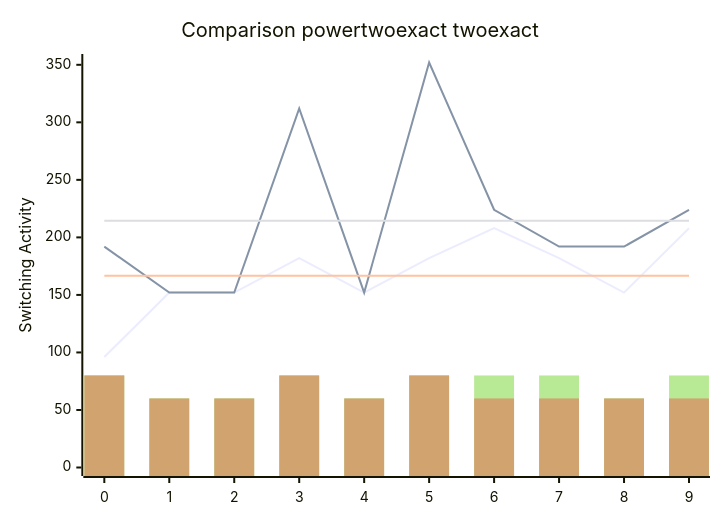
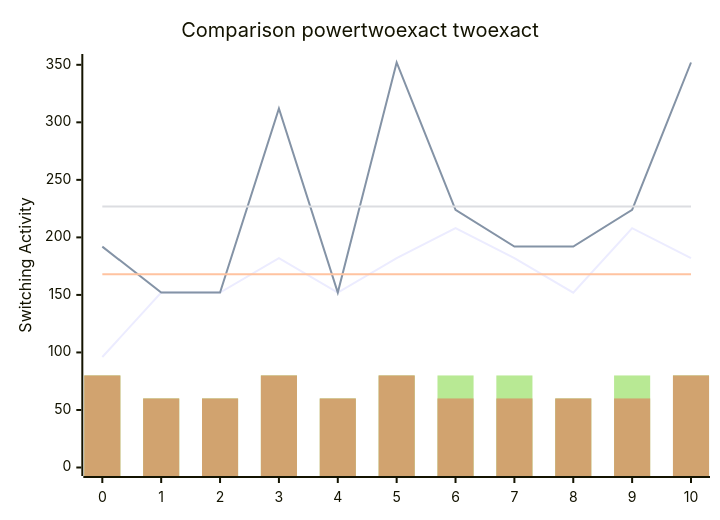
Before and after one commit to FeldmeierMichael/Exact-Power-Synthesis: the diagram in benchmark.md, drawn with Mermaid. The commit also changed other lines of this file and 2 other files, not shown here.

````diff
--- a/benchmark.md
+++ b/benchmark.md
@@ -21,12 +23,12 @@
 ```mermaid
 xychart-beta
     title "Comparison powertwoexact twoexact"
-    x-axis [0, 1, 2, 3, 4, 5, 6, 7, 8, 9]
+    x-axis [0, 1, 2, 3, 4, 5, 6, 7, 8, 9, 10]
     y-axis "Switching Activity" 0-->352
-    line [96, 152, 152, 182, 152, 182, 208, 182, 152, 208]
-    line [192, 152, 152, 312, 152, 352, 224, 192, 192, 224]
-    line [166.6, 166.6, 166.6, 166.6, 166.6, 166.6, 166.6, 166.6, 166.6, 166.6]
-    line [214.4, 214.4, 214.4, 214.4, 214.4, 214.4, 214.4, 214.4, 214.4, 214.4]
-    bar [80, 60, 60, 80, 60, 80, 80, 80, 60, 80]
-    bar [80, 60, 60, 80, 60, 80, 60, 60, 60, 60]
+    line [96, 152, 152, 182, 152, 182, 208, 182, 152, 208, 182]
+    line [192, 152, 152, 312, 152, 352, 224, 192, 192, 224, 352]
+    line [168.0, 168.0, 168.0, 168.0, 168.0, 168.0, 168.0, 168.0, 168.0, 168.0, 168.0]
+    line [226.9090909090909, 226.9090909090909, 226.9090909090909, 226.9090909090909, 226.9090909090909, 226.9090909090909, 226.9090909090909, 226.9090909090909, 226.9090909090909, 226.9090909090909, 226.9090909090909]
+    bar [80, 60, 60, 80, 60, 80, 80, 80, 60, 80, 80]
+    bar [80, 60, 60, 80, 60, 80, 60, 60, 60, 60, 80]
 ```
````
